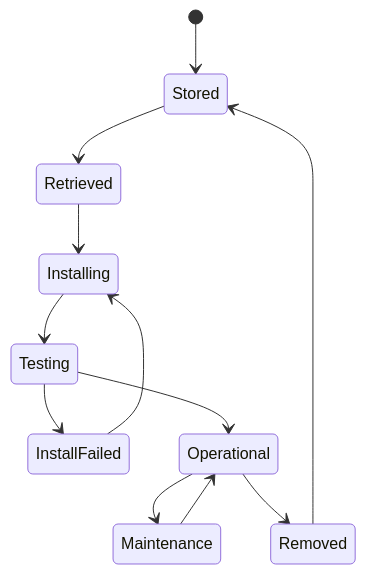
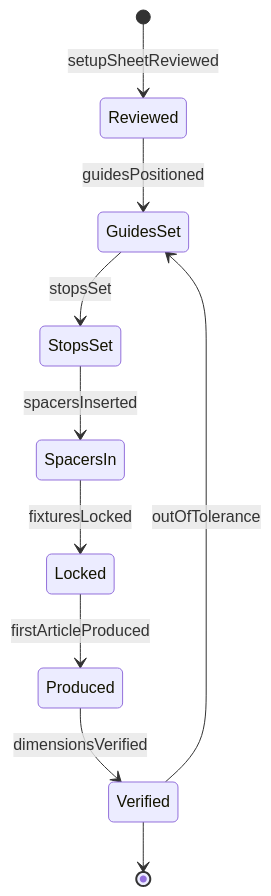
Before and after one commit to dot-org-ai/tasks.org.ai: the second of 4 diagrams in HandlingAndMovingObjects/SetUpEquipment/SetEquipmentGuidesStopsSpacers.mdx, drawn with Mermaid. The commit also changed other lines of this file and 515 other files, not shown here.

````diff
--- a/HandlingAndMovingObjects/SetUpEquipment/SetEquipmentGuidesStopsSpacers.mdx
+++ b/HandlingAndMovingObjects/SetUpEquipment/SetEquipmentGuidesStopsSpacers.mdx
@@ -97,14 +97,12 @@
 ```mermaid
 stateDiagram-v2
-    [*] --> Stored
-    Stored --> Retrieved
-    Retrieved --> Installing
-    Installing --> Testing
-    Testing --> InstallFailed
-    InstallFailed --> Installing
-    Testing --> Operational
-    Operational --> Maintenance
-    Maintenance --> Operational
-    Operational --> Removed
-    Removed --> Stored
+    [*] --> Reviewed : setupSheetReviewed
+    Reviewed --> GuidesSet : guidesPositioned
+    GuidesSet --> StopsSet : stopsSet
+    StopsSet --> SpacersIn : spacersInserted
+    SpacersIn --> Locked : fixturesLocked
+    Locked --> Produced : firstArticleProduced
+    Produced --> Verified : dimensionsVerified
+    Verified --> GuidesSet : outOfTolerance
+    Verified --> [*]
 ```
````
